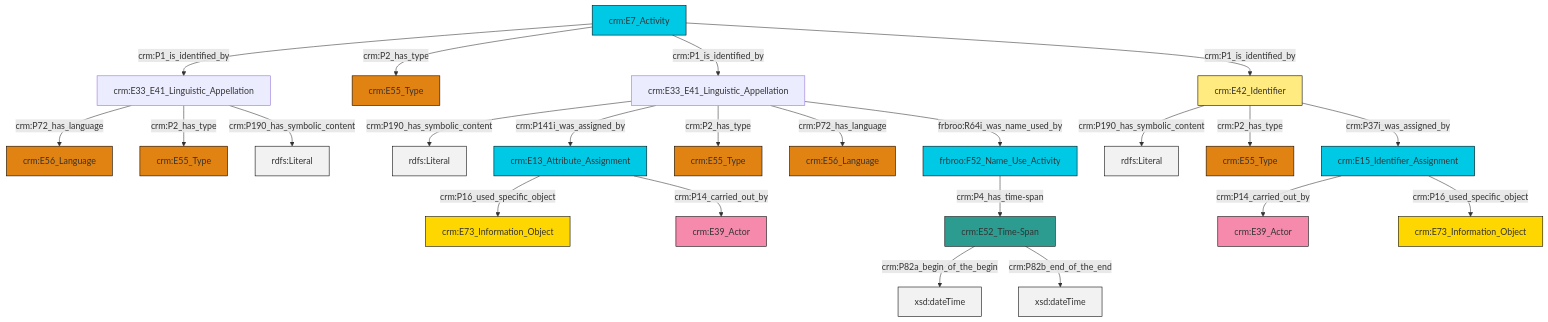
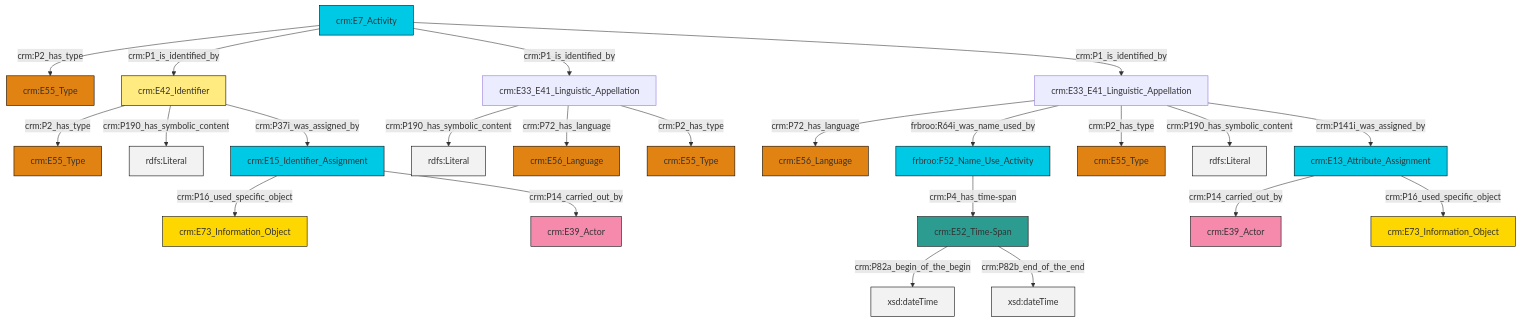
Before and after one commit to swiss-art-research-net/docs.swissartresearch: the diagram in et/eventCSV/ttl/mmd/event_name.ttl.mmd, drawn with Mermaid. The commit also changed 207 other files, not shown here.

```diff
--- a/et/eventCSV/ttl/mmd/event_name.ttl.mmd
+++ b/et/eventCSV/ttl/mmd/event_name.ttl.mmd
@@ -1,37 +1,37 @@
 graph TD
 classDef Literal fill:#f2f2f2,stroke:#000000;
 classDef CRM_Entity fill:#FFFFFF,stroke:#000000;
 classDef Temporal_Entity fill:#00C9E6, stroke:#000000;
 classDef Type fill:#E18312, stroke:#000000;
 classDef Time-Span fill:#2C9C91, stroke:#000000;
 classDef Appellation fill:#FFEB7F, stroke:#000000;
 classDef Place fill:#008836, stroke:#000000;
 classDef Persistent_Item fill:#B266B2, stroke:#000000;
 classDef Conceptual_Object fill:#FFD700, stroke:#000000;
 classDef Physical_Thing fill:#D2B48C, stroke:#000000;
 classDef Actor fill:#f58aad, stroke:#000000;
 classDef PC_Classes fill:#4ce600, stroke:#000000;
 classDef Multi fill:#cccccc,stroke:#000000;
 
 6["crm:E33_E41_Linguistic_Appellation"]:::Default -->|crm:P72_has_language| 7["crm:E56_Language"]:::Type
+11["crm:E42_Identifier"]:::Appellation -->|crm:P2_has_type| 12["crm:E55_Type"]:::Type
+9["crm:E7_Activity"]:::Temporal_Entity -->|crm:P2_has_type| 15["crm:E55_Type"]:::Type
+13["crm:E52_Time-Span"]:::Time-Span -->|crm:P82a_begin_of_the_begin| 17[xsd:dateTime]:::Literal
+18["crm:E13_Attribute_Assignment"]:::Temporal_Entity -->|crm:P14_carried_out_by| 19["crm:E39_Actor"]:::Actor
+20["frbroo:F52_Name_Use_Activity"]:::Temporal_Entity -->|crm:P4_has_time-span| 13["crm:E52_Time-Span"]:::Time-Span
+18["crm:E13_Attribute_Assignment"]:::Temporal_Entity -->|crm:P16_used_specific_object| 23["crm:E73_Information_Object"]:::Conceptual_Object
+25["crm:E33_E41_Linguistic_Appellation"]:::Default -->|crm:P190_has_symbolic_content| 26[rdfs:Literal]:::Literal
+25["crm:E33_E41_Linguistic_Appellation"]:::Default -->|crm:P72_has_language| 21["crm:E56_Language"]:::Type
+11["crm:E42_Identifier"]:::Appellation -->|crm:P190_has_symbolic_content| 29[rdfs:Literal]:::Literal
+9["crm:E7_Activity"]:::Temporal_Entity -->|crm:P1_is_identified_by| 11["crm:E42_Identifier"]:::Appellation
+6["crm:E33_E41_Linguistic_Appellation"]:::Default -->|frbroo:R64i_was_name_used_by| 20["frbroo:F52_Name_Use_Activity"]:::Temporal_Entity
 6["crm:E33_E41_Linguistic_Appellation"]:::Default -->|crm:P2_has_type| 4["crm:E55_Type"]:::Type
-8["crm:E13_Attribute_Assignment"]:::Temporal_Entity -->|crm:P16_used_specific_object| 9["crm:E73_Information_Object"]:::Conceptual_Object
-6["crm:E33_E41_Linguistic_Appellation"]:::Default -->|crm:P190_has_symbolic_content| 10[rdfs:Literal]:::Literal
-13["crm:E42_Identifier"]:::Appellation -->|crm:P190_has_symbolic_content| 14[rdfs:Literal]:::Literal
-8["crm:E13_Attribute_Assignment"]:::Temporal_Entity -->|crm:P14_carried_out_by| 11["crm:E39_Actor"]:::Actor
-0["crm:E33_E41_Linguistic_Appellation"]:::Default -->|crm:P190_has_symbolic_content| 17[rdfs:Literal]:::Literal
-20["crm:E15_Identifier_Assignment"]:::Temporal_Entity -->|crm:P14_carried_out_by| 21["crm:E39_Actor"]:::Actor
-23["crm:E52_Time-Span"]:::Time-Span -->|crm:P82a_begin_of_the_begin| 24[xsd:dateTime]:::Literal
-13["crm:E42_Identifier"]:::Appellation -->|crm:P2_has_type| 18["crm:E55_Type"]:::Type
-13["crm:E42_Identifier"]:::Appellation -->|crm:P37i_was_assigned_by| 20["crm:E15_Identifier_Assignment"]:::Temporal_Entity
-23["crm:E52_Time-Span"]:::Time-Span -->|crm:P82b_end_of_the_end| 30[xsd:dateTime]:::Literal
-25["crm:E7_Activity"]:::Temporal_Entity -->|crm:P1_is_identified_by| 6["crm:E33_E41_Linguistic_Appellation"]:::Default
-0["crm:E33_E41_Linguistic_Appellation"]:::Default -->|crm:P141i_was_assigned_by| 8["crm:E13_Attribute_Assignment"]:::Temporal_Entity
-0["crm:E33_E41_Linguistic_Appellation"]:::Default -->|crm:P2_has_type| 27["crm:E55_Type"]:::Type
-33["frbroo:F52_Name_Use_Activity"]:::Temporal_Entity -->|crm:P4_has_time-span| 23["crm:E52_Time-Span"]:::Time-Span
-25["crm:E7_Activity"]:::Temporal_Entity -->|crm:P2_has_type| 31["crm:E55_Type"]:::Type
-25["crm:E7_Activity"]:::Temporal_Entity -->|crm:P1_is_identified_by| 0["crm:E33_E41_Linguistic_Appellation"]:::Default
-20["crm:E15_Identifier_Assignment"]:::Temporal_Entity -->|crm:P16_used_specific_object| 2["crm:E73_Information_Object"]:::Conceptual_Object
-0["crm:E33_E41_Linguistic_Appellation"]:::Default -->|crm:P72_has_language| 36["crm:E56_Language"]:::Type
-25["crm:E7_Activity"]:::Temporal_Entity -->|crm:P1_is_identified_by| 13["crm:E42_Identifier"]:::Appellation
-0["crm:E33_E41_Linguistic_Appellation"]:::Default -->|frbroo:R64i_was_name_used_by| 33["frbroo:F52_Name_Use_Activity"]:::Temporal_Entity
+25["crm:E33_E41_Linguistic_Appellation"]:::Default -->|crm:P2_has_type| 30["crm:E55_Type"]:::Type
+9["crm:E7_Activity"]:::Temporal_Entity -->|crm:P1_is_identified_by| 25["crm:E33_E41_Linguistic_Appellation"]:::Default
+9["crm:E7_Activity"]:::Temporal_Entity -->|crm:P1_is_identified_by| 6["crm:E33_E41_Linguistic_Appellation"]:::Default
+27["crm:E15_Identifier_Assignment"]:::Temporal_Entity -->|crm:P16_used_specific_object| 0["crm:E73_Information_Object"]:::Conceptual_Object
+11["crm:E42_Identifier"]:::Appellation -->|crm:P37i_was_assigned_by| 27["crm:E15_Identifier_Assignment"]:::Temporal_Entity
+6["crm:E33_E41_Linguistic_Appellation"]:::Default -->|crm:P190_has_symbolic_content| 37[rdfs:Literal]:::Literal
+27["crm:E15_Identifier_Assignment"]:::Temporal_Entity -->|crm:P14_carried_out_by| 2["crm:E39_Actor"]:::Actor
+13["crm:E52_Time-Span"]:::Time-Span -->|crm:P82b_end_of_the_end| 40[xsd:dateTime]:::Literal
+6["crm:E33_E41_Linguistic_Appellation"]:::Default -->|crm:P141i_was_assigned_by| 18["crm:E13_Attribute_Assignment"]:::Temporal_Entity
```
